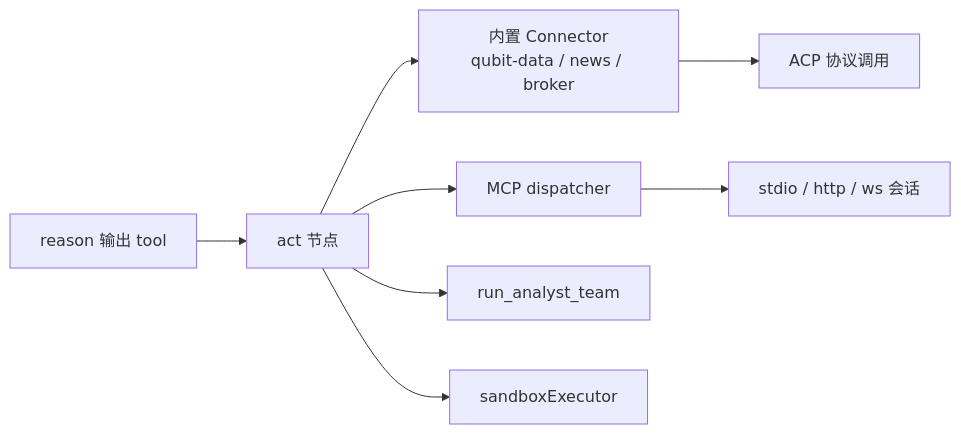
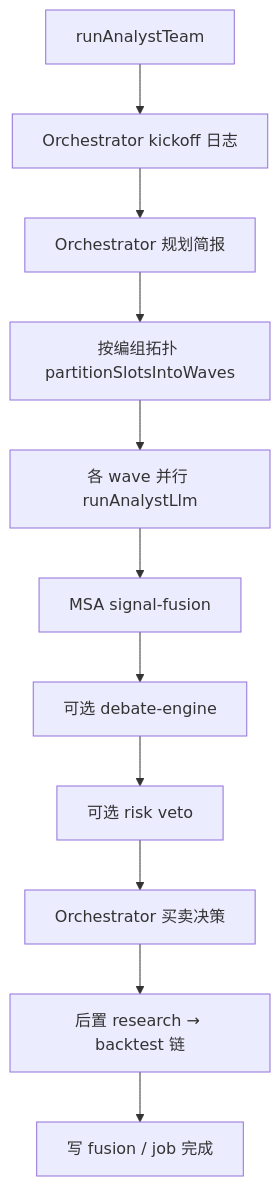
One commit to SupUnicornAlpha/qubit-agent changed the fourth of 5 diagrams in docs/ARCHITECTURE.md. Above: the diagram before and after it, drawn with Mermaid. The commit also changed other lines of this file and 64 other files, not shown here.

````diff
--- a/docs/ARCHITECTURE.md
+++ b/docs/ARCHITECTURE.md
@@ -239,10 +258,13 @@
 ```mermaid
-flowchart LR
-  LLM[reason 输出 tool] --> Act[act 节点]
-  Act --> Builtin["内置 Connector\nqubit-data / news / broker"]
-  Act --> MCP[MCP dispatcher]
-  Act --> Team[run_analyst_team]
-  Act --> Sandbox[sandboxExecutor]
-  Builtin --> ACP[ACP 协议调用]
-  MCP --> Stdio[stdio / http / ws 会话]
+flowchart TD
+  Start[runAnalystTeam] --> Kick[Orchestrator kickoff 日志]
+  Kick --> Plan[Orchestrator 规划简报]
+  Plan --> Waves[按编组拓扑 partitionSlotsIntoWaves]
+  Waves --> Analyst[各 wave 并行 runAnalystLlm]
+  Analyst --> Fuse[MSA signal-fusion]
+  Fuse --> Debate[可选 debate-engine]
+  Debate --> Veto[可选 risk veto]
+  Veto --> OrchDec[Orchestrator 买卖决策]
+  OrchDec --> Post[后置 research → backtest 链]
+  Post --> Done[写 fusion / job 完成]
 ```
````
